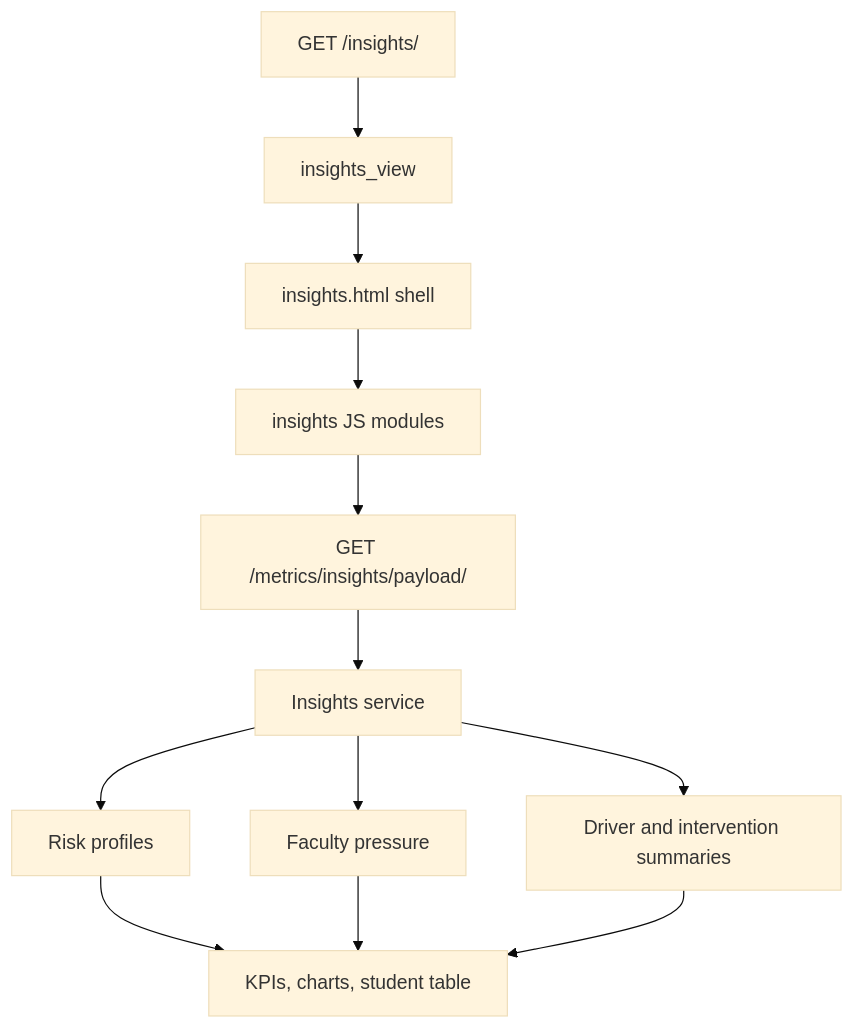
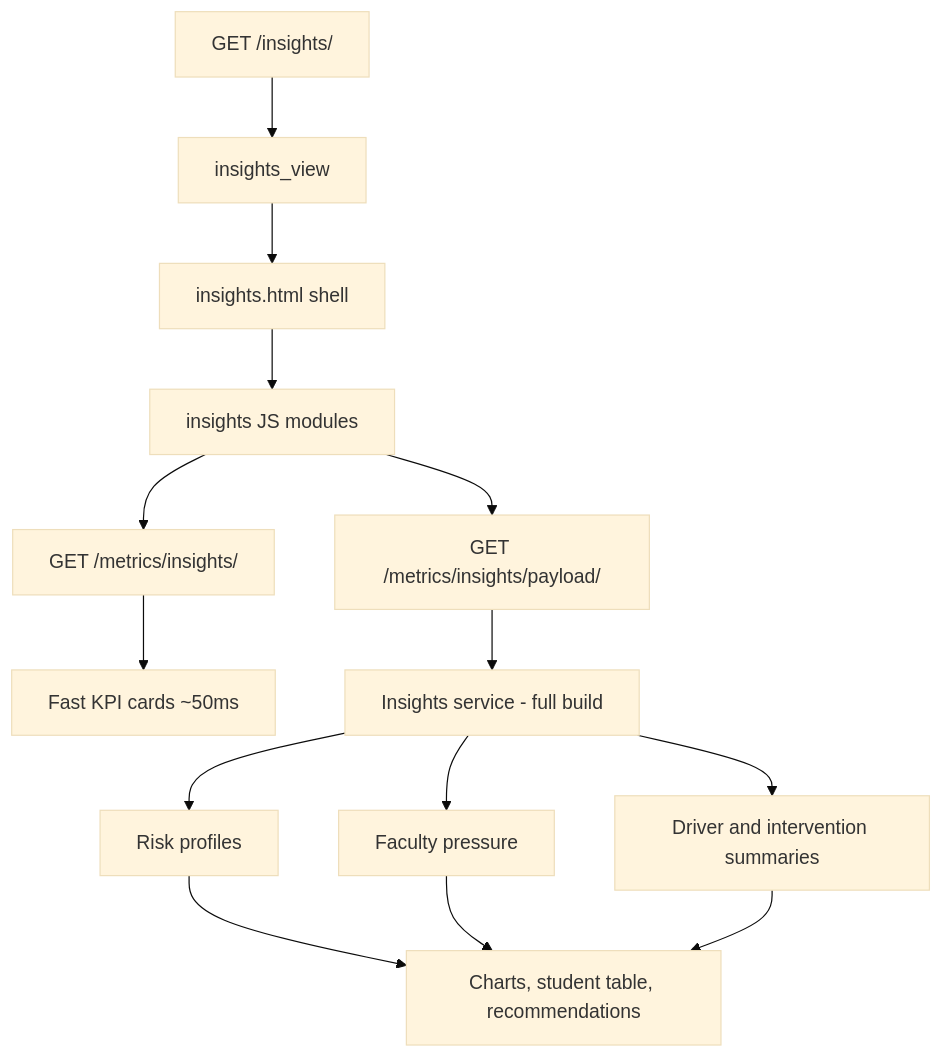
Before and after one commit to SeanM04/register_platform: the diagram in docs/pages/insights.md, drawn with Mermaid (base theme). The commit also changed other lines of this file and 31 other files, not shown here.

````diff
--- a/docs/pages/insights.md
+++ b/docs/pages/insights.md
@@ -30,14 +31,16 @@
 ```mermaid
 flowchart TD
     A[GET /insights/] --> B[insights_view]
     B --> C[insights.html shell]
     C --> D[insights JS modules]
-    D --> E[GET /metrics/insights/payload/]
-    E --> F[Insights service]
-    F --> G[Risk profiles]
-    F --> H[Faculty pressure]
-    F --> I[Driver and intervention summaries]
-    G --> J[KPIs, charts, student table]
-    H --> J
-    I --> J
+    D --> E[GET /metrics/insights/]
+    D --> F[GET /metrics/insights/payload/]
+    E --> G[Fast KPI cards ~50ms]
+    F --> H[Insights service - full build]
+    H --> I[Risk profiles]
+    H --> J[Faculty pressure]
+    H --> K[Driver and intervention summaries]
+    I --> L[Charts, student table, recommendations]
+    J --> L
+    K --> L
 ```
````
